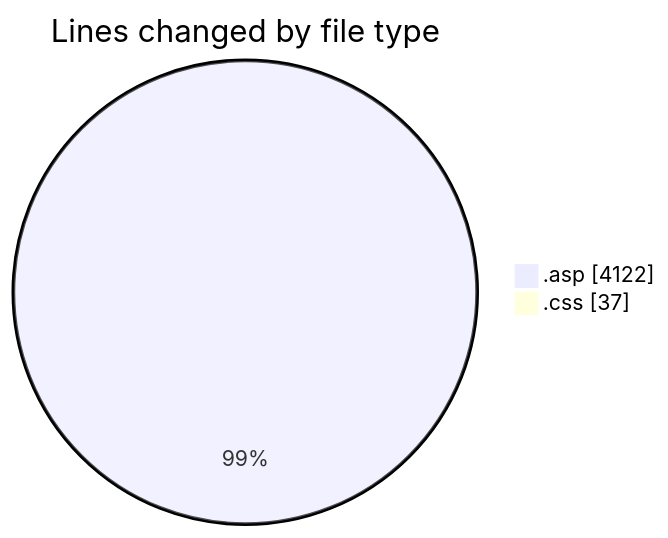
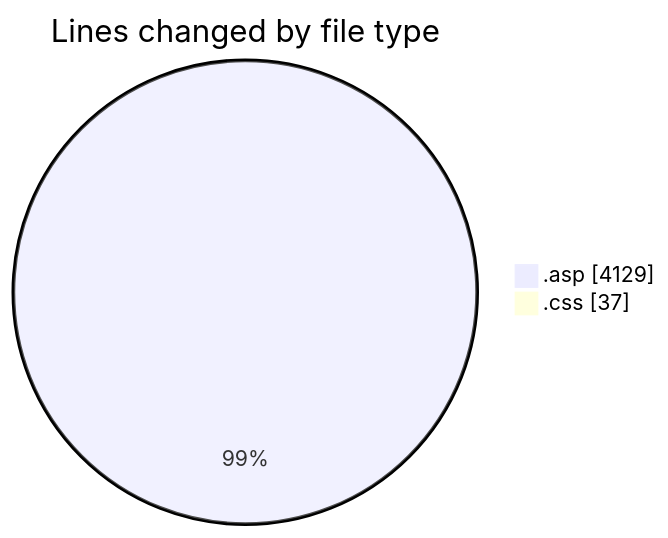
The first of 2 diagrams in 2025-11-02/cdp_aleoudev_fr__workspace_/README.md (julien-gomy/code-tracking), drawn with Mermaid before and after one commit. The commit also changed other lines of this file and 1 other file, not shown here.

````diff
--- a/2025-11-02/cdp_aleoudev_fr__workspace_/README.md
+++ b/2025-11-02/cdp_aleoudev_fr__workspace_/README.md
@@ -24,6 +24,6 @@
 ```mermaid
 pie showData
 title Lines changed by file type
-".asp" : 4122
+".asp" : 4129
 ".css" : 37
 ```
````
